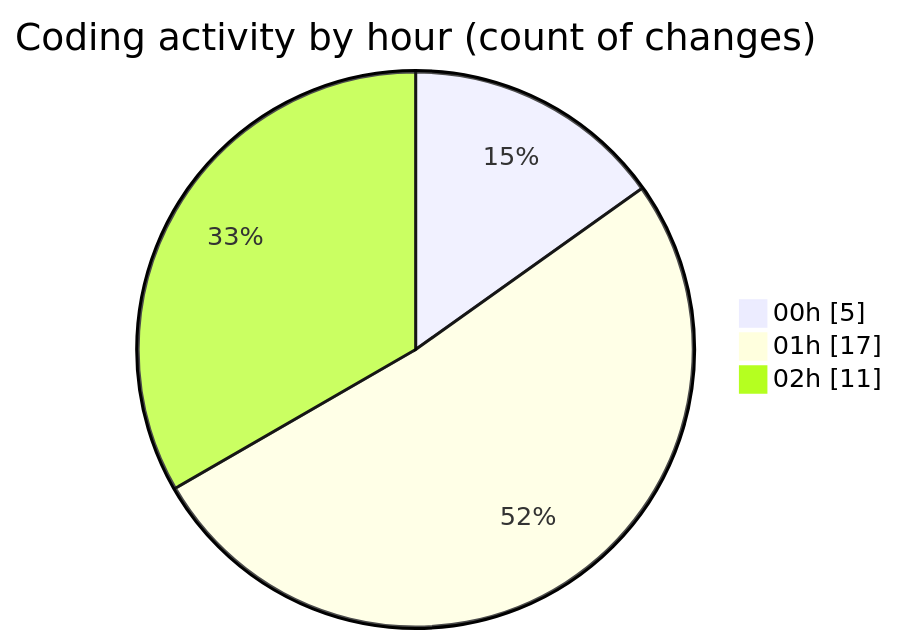
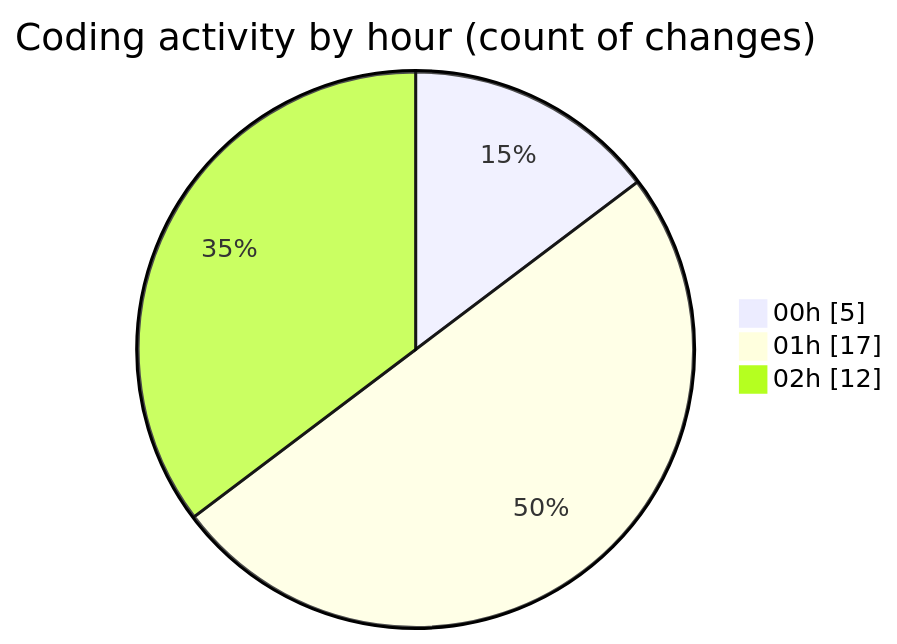
Before and after one commit to EIIisD/code-tracking: the second of 2 diagrams in 2025-08-04/tw-server/README.md, drawn with Mermaid. The commit also changed other lines of this file and 1 other file, not shown here.

````diff
--- a/2025-08-04/tw-server/README.md
+++ b/2025-08-04/tw-server/README.md
@@ -31,7 +31,7 @@
 ```mermaid
 pie showData
 title Coding activity by hour (count of changes)
 "00h" : 5
 "01h" : 17
-"02h" : 11
+"02h" : 12
 ```
````
